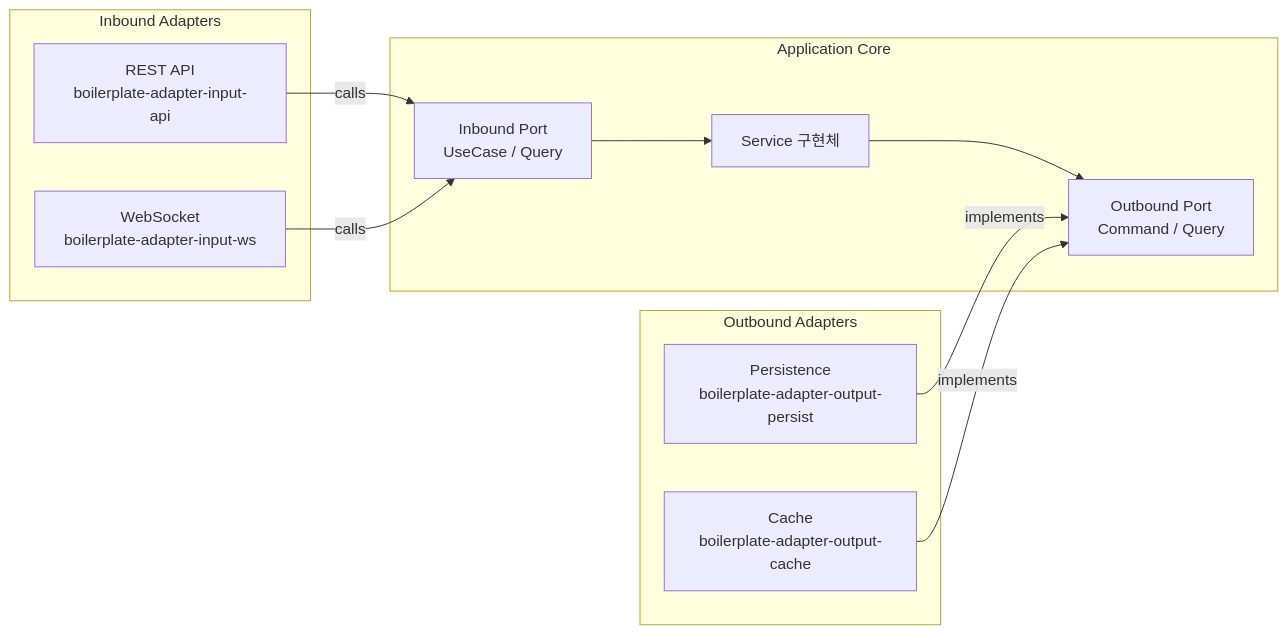
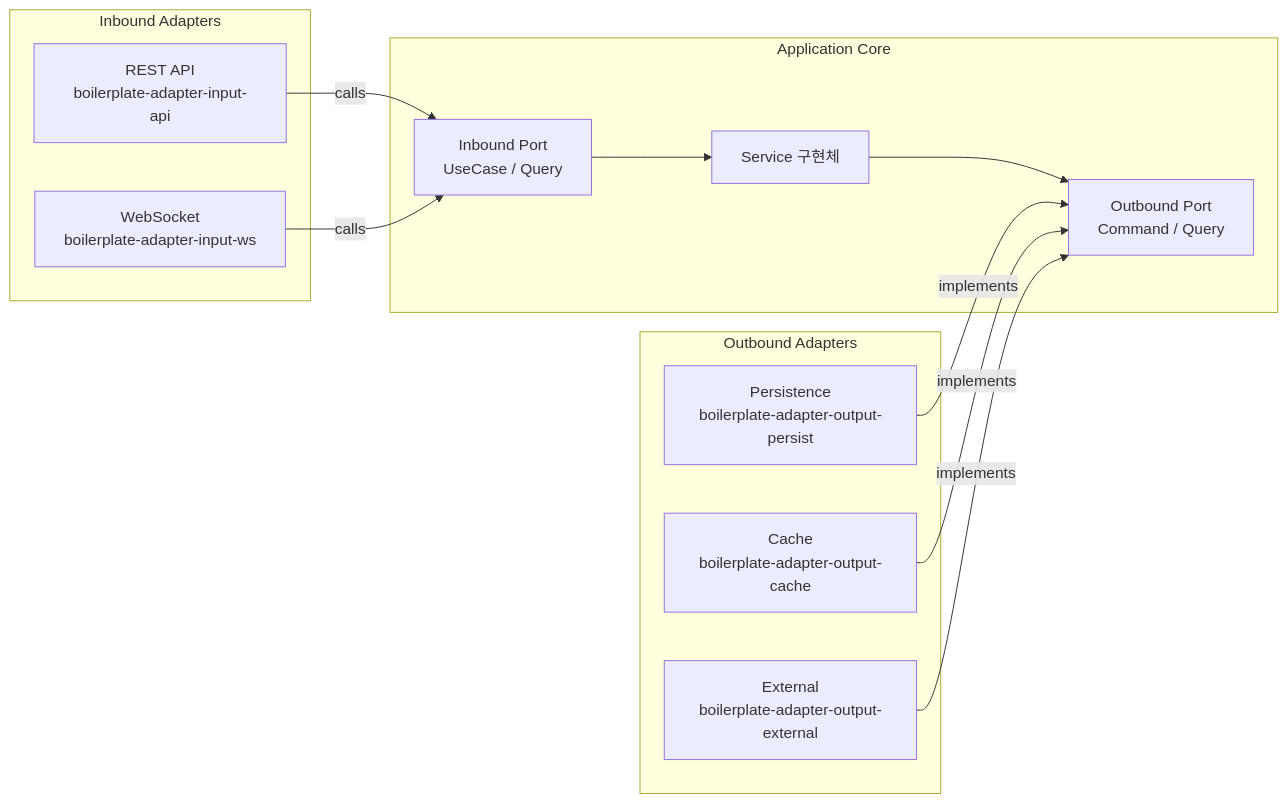
Before and after one commit to ppzxc/spring-vibe-boilerplate: the second of 2 diagrams in README.md, drawn with Mermaid. The commit also changed other lines of this file and 7 other files, not shown here.

````diff
--- a/README.md
+++ b/README.md
@@ -115,25 +119,27 @@
 ```mermaid
 graph LR
     subgraph Inbound Adapters
         A1[REST API\nboilerplate-adapter-input-api]
         A2[WebSocket\nboilerplate-adapter-input-ws]
     end
 
     subgraph Application Core
         P1[Inbound Port\n UseCase / Query]
         SVC[Service 구현체]
         P2[Outbound Port\n Command / Query]
     end
 
     subgraph Outbound Adapters
         O1[Persistence\nboilerplate-adapter-output-persist]
         O2[Cache\nboilerplate-adapter-output-cache]
+        O3[External\nboilerplate-adapter-output-external]
     end
 
     A1 -->|calls| P1
     A2 -->|calls| P1
     P1 --> SVC
     SVC --> P2
     O1 -->|implements| P2
     O2 -->|implements| P2
+    O3 -->|implements| P2
 ```
````
